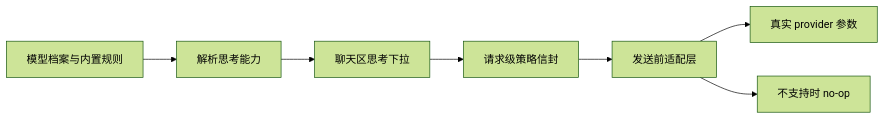
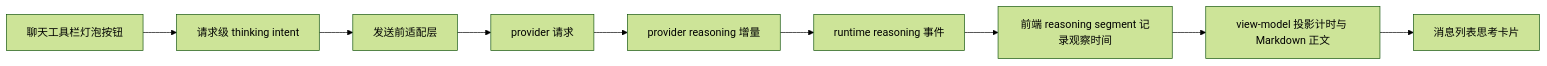
The diagram in docs/plans/2026-04-04-thinking-parameter-adjustment-design.md (sustech-cs304/team-project-26spring-26s-23), drawn with Mermaid (forest theme) before and after one commit. The commit also changed other lines of this file and 33 other files, not shown here.

````diff
--- a/docs/plans/2026-04-04-thinking-parameter-adjustment-design.md
+++ b/docs/plans/2026-04-04-thinking-parameter-adjustment-design.md
@@ -204,9 +236,11 @@
 ```mermaid
 flowchart LR
-A[模型档案与内置规则] --> B[解析思考能力]
-B --> C[聊天区思考下拉]
-C --> D[请求级策略信封]
-D --> E[发送前适配层]
-E --> F[真实 provider 参数]
-E --> G[不支持时 no-op]
+A[聊天工具栏灯泡按钮] --> B[请求级 thinking intent]
+B --> C[发送前适配层]
+C --> D[provider 请求]
+D --> E[provider reasoning 增量]
+E --> F[runtime reasoning 事件]
+F --> G[前端 reasoning segment 记录观察时间]
+G --> H[view-model 投影计时与 Markdown 正文]
+H --> I[消息列表思考卡片]
 ```
````
